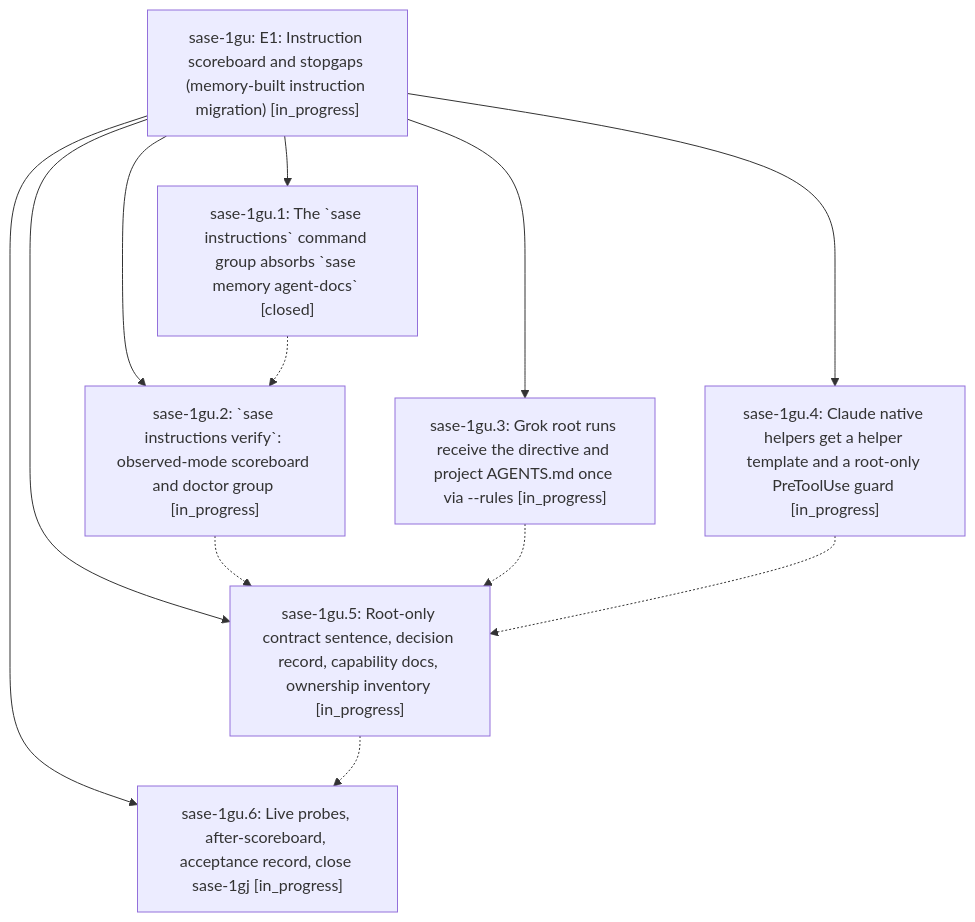
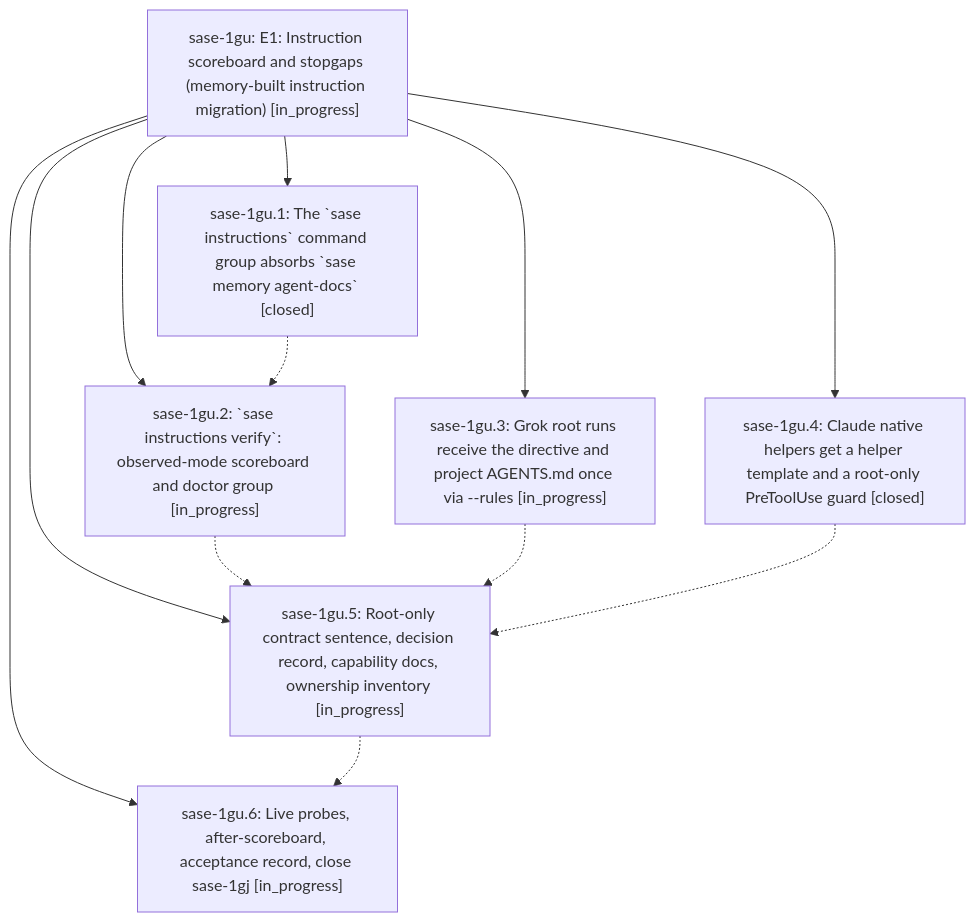
The diagram in pages/sase-1gu/README.md (sase-org/sase--beads), drawn with Mermaid before and after one commit. The commit also changed other lines of this file and 3 other files, not shown here.

````diff
--- a/pages/sase-1gu/README.md
+++ b/pages/sase-1gu/README.md
@@ -27,21 +37,21 @@
 ```mermaid
 flowchart TD
     n0["sase-1gu: E1: Instruction scoreboard and stopgaps (memory-built instruction migration) [in_progress]"]
     n1["sase-1gu.1: The `sase instructions` command group absorbs `sase memory agent-docs` [closed]"]
     n2["sase-1gu.2: `sase instructions verify`: observed-mode scoreboard and doctor group [in_progress]"]
     n3["sase-1gu.3: Grok root runs receive the directive and project AGENTS.md once via --rules [in_progress]"]
-    n4["sase-1gu.4: Claude native helpers get a helper template and a root-only PreToolUse guard [in_progress]"]
+    n4["sase-1gu.4: Claude native helpers get a helper template and a root-only PreToolUse guard [closed]"]
     n5["sase-1gu.5: Root-only contract sentence, decision record, capability docs, ownership inventory [in_progress]"]
     n6["sase-1gu.6: Live probes, after-scoreboard, acceptance record, close sase-1gj [in_progress]"]
     n0 --> n1
     n0 --> n2
     n0 --> n3
     n0 --> n4
     n0 --> n5
     n0 --> n6
     n1 -.-> n2
     n2 -.-> n5
     n3 -.-> n5
     n4 -.-> n5
     n5 -.-> n6
 ```
````
